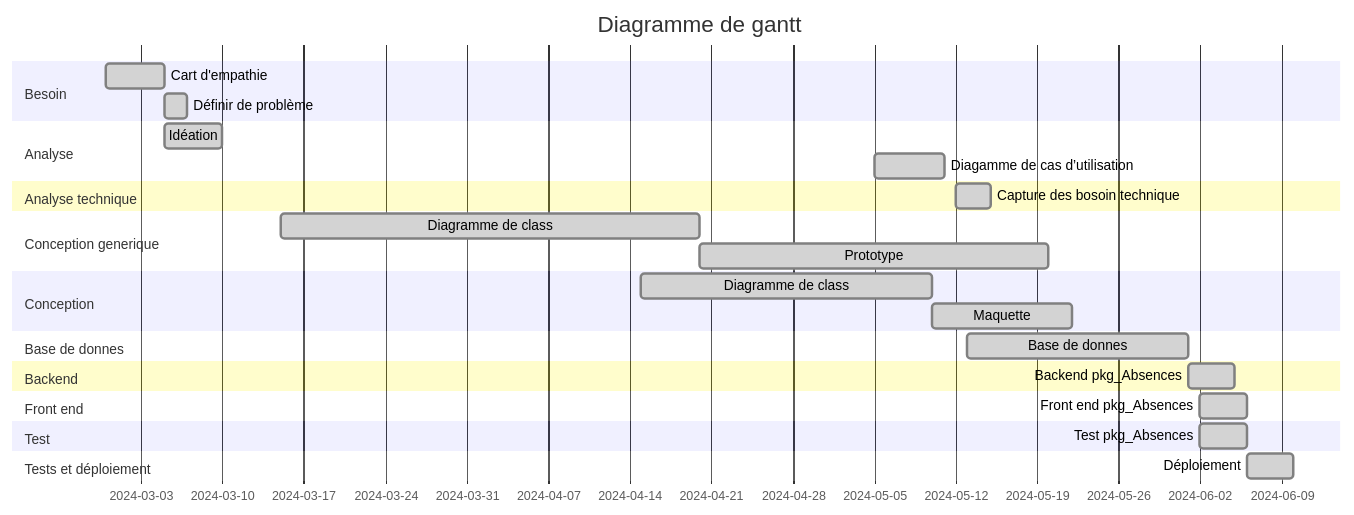
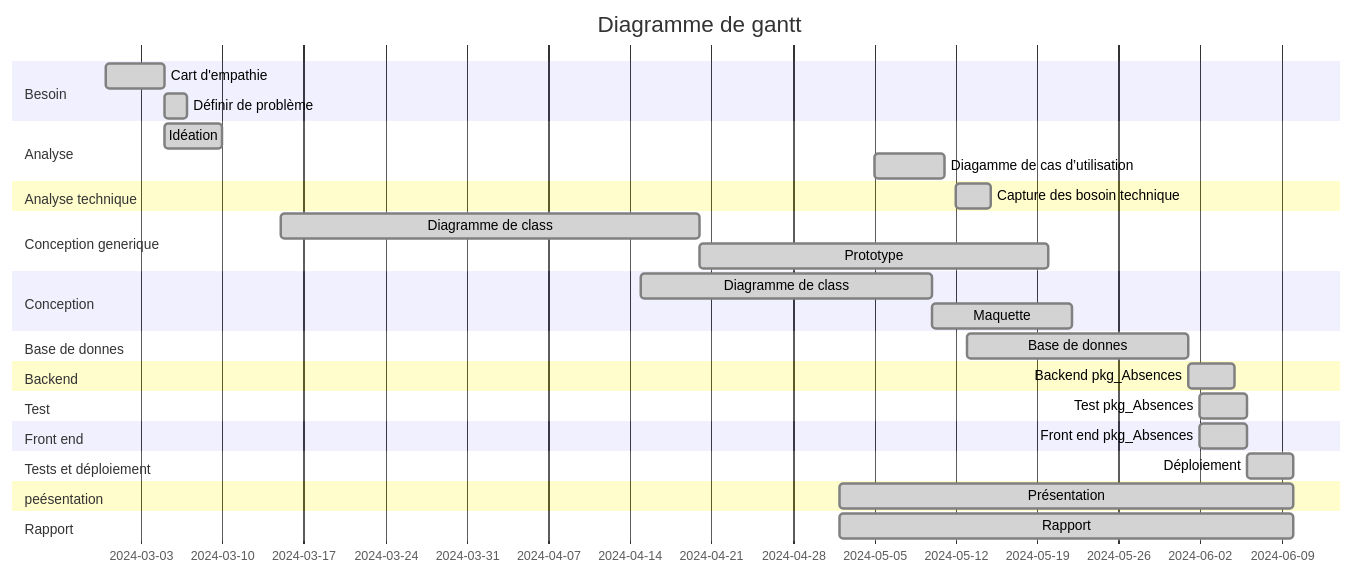
One commit to hamidAchaou/gestion-personnels changed the diagram in modélisation/pkg_GestionAbsences/diagramme-gantt.mmd. Above: the diagram before and after it, drawn with Mermaid.

```diff
--- a/modélisation/pkg_GestionAbsences/diagramme-gantt.mmd
+++ b/modélisation/pkg_GestionAbsences/diagramme-gantt.mmd
@@ -1,27 +1,31 @@
 gantt
     dateFormat  YYYY-MM-DD
     title Diagramme de gantt
     section Besoin
         Cart d'empathie  :done, 2024-02-29, 2024-03-05
         Définir de problème :done, 2024-03-05, 2024-03-07
     section Analyse
         Idéation :done, 2024-03-05, 2024-03-10
         Diagamme de cas d’utilisation :done, 2024-05-05, 2024-05-11
     section Analyse technique
         Capture des bosoin technique :done, 2024-05-12, 2024-05-15
     section Conception generique
         Diagramme de class :done,  2024-03-15, 2024-04-20
         Prototype :done,  2024-04-20, 2024-05-20
     section Conception
         Diagramme de class :done,  2024-04-15, 2024-05-10
         Maquette :done,  2024-05-10, 2024-05-22
     section Base de donnes
         Base de donnes :done,  2024-05-13, 2024-06-01
     section Backend
         Backend pkg_Absences :done,  2024-06-01, 2024-06-05
+    section Test
+        Test pkg_Absences :done,  2024-06-02, 2024-06-06
     section Front end
         Front end pkg_Absences :done,  2024-06-02, 2024-06-06
-    section Test
-        Test pkg_Absences :done,  2024-06-02, 2024-06-06
     section Tests et déploiement
         Déploiement :done,  2024-06-06, 2024-06-10
+    section peésentation
+        Présentation :done, 2024-05-02, 2024-06-10
+    section Rapport
+        Rapport :done, 2024-05-02, 2024-06-10
```
